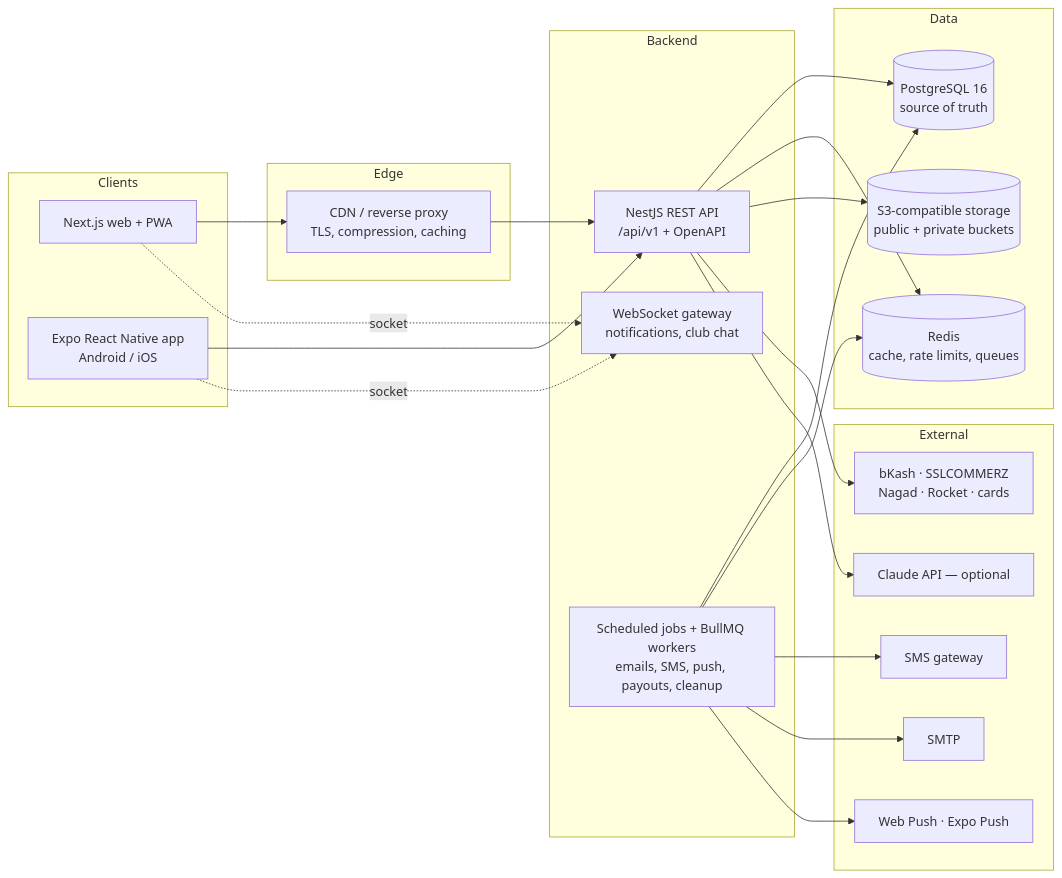
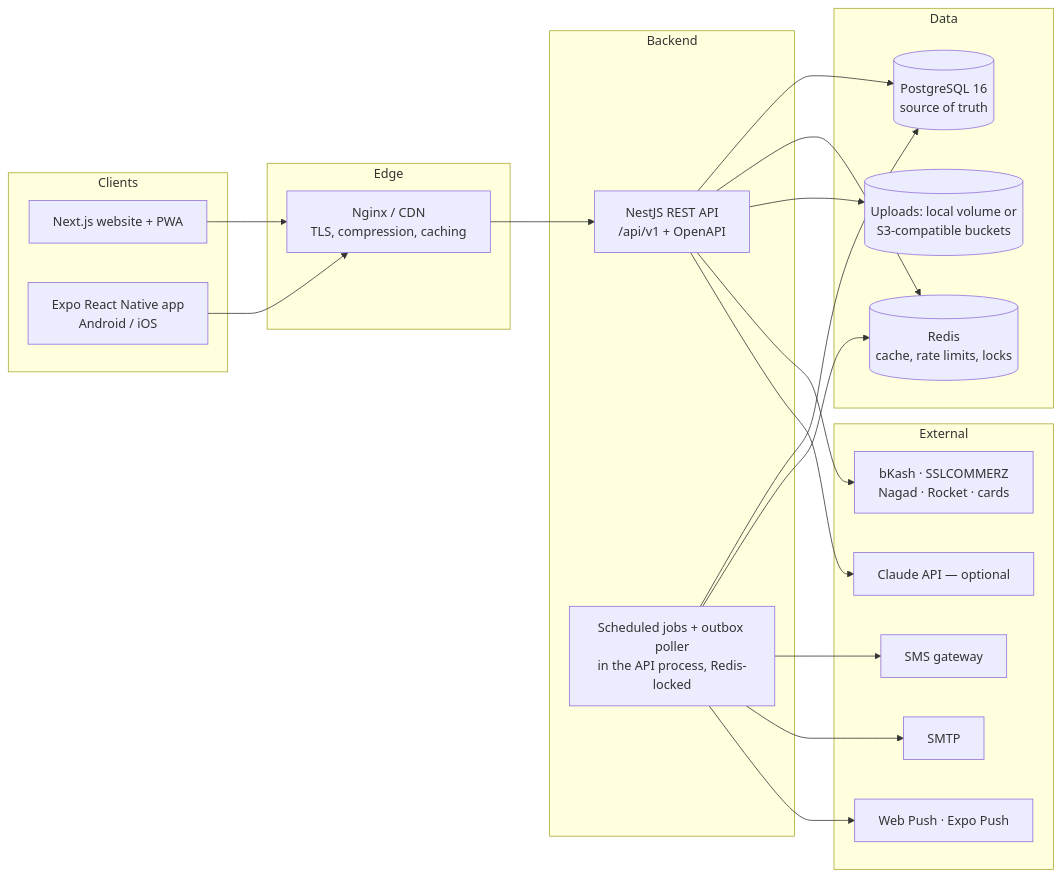
Before and after one commit to Aronyamallick/boikonika-: the diagram in platform/docs/architecture.md, drawn with Mermaid. The commit also changed other lines of this file and 18 other files, not shown here.

````diff
--- a/platform/docs/architecture.md
+++ b/platform/docs/architecture.md
@@ -9,35 +9,32 @@
 ```mermaid
 flowchart LR
   subgraph Clients
-    W[Next.js web + PWA]
+    W[Next.js website + PWA]
     M[Expo React Native app<br/>Android / iOS]
   end
   subgraph Edge
-    CDN[CDN / reverse proxy<br/>TLS, compression, caching]
+    PX[Nginx / CDN<br/>TLS, compression, caching]
   end
   subgraph Backend
     API[NestJS REST API<br/>/api/v1 + OpenAPI]
-    WS[WebSocket gateway<br/>notifications, club chat]
-    JOBS[Scheduled jobs + BullMQ workers<br/>emails, SMS, push, payouts, cleanup]
+    JOBS[Scheduled jobs + outbox poller<br/>in the API process, Redis-locked]
   end
   subgraph Data
     PG[(PostgreSQL 16<br/>source of truth)]
-    R[(Redis<br/>cache, rate limits, queues)]
-    S3[(S3-compatible storage<br/>public + private buckets)]
+    R[(Redis<br/>cache, rate limits, locks)]
+    S3[(Uploads: local volume or<br/>S3-compatible buckets)]
   end
   subgraph External
     PAY[bKash · SSLCOMMERZ<br/>Nagad · Rocket · cards]
     SMS[SMS gateway]
     MAIL[SMTP]
     PUSH[Web Push · Expo Push]
     AI[Claude API — optional]
   end
-  W --> CDN --> API
-  M --> API
-  W -. socket .-> WS
-  M -. socket .-> WS
+  W --> PX --> API
+  M --> PX
   API --> PG & R & S3
   JOBS --> PG & R
   API --> PAY & AI
   JOBS --> SMS & MAIL & PUSH
 ```
````
